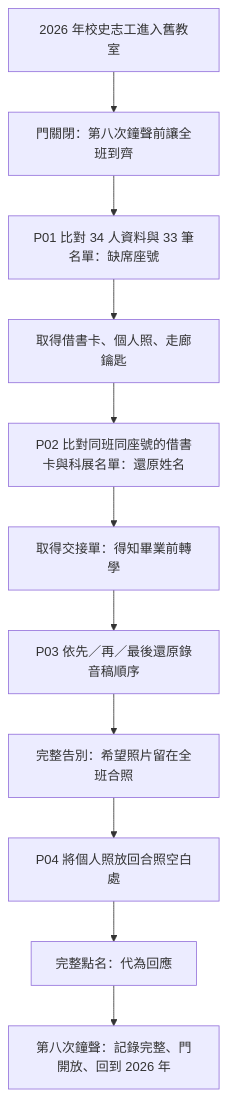
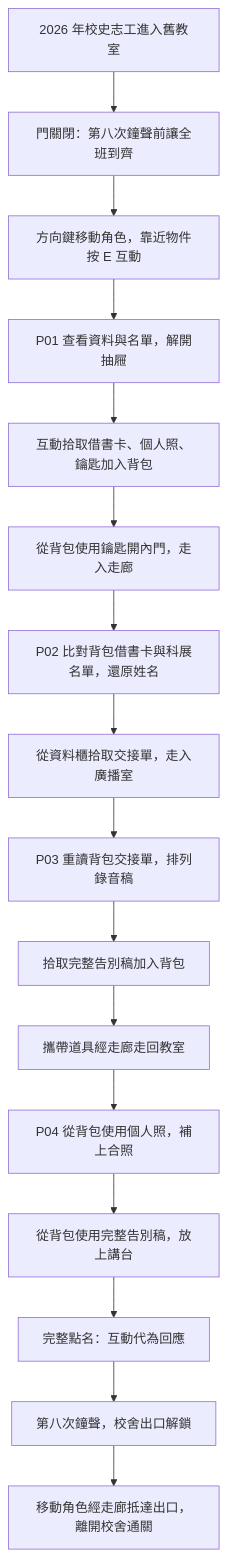
Before and after one commit to waynehsu1008/Project_Escape_Room: the diagram in BRIEF.md, drawn with Mermaid. The commit also changed other lines of this file, not shown here.

````diff
--- a/BRIEF.md
+++ b/BRIEF.md
@@ -169,13 +214,18 @@
 ```mermaid
 flowchart TD
     START[2026 年校史志工進入舊教室] --> OPEN[門關閉：第八次鐘聲前讓全班到齊]
-    OPEN --> P1[P01 比對 34 人資料與 33 筆名單：缺席座號]
-    P1 --> ITEMS[取得借書卡、個人照、走廊鑰匙]
-    ITEMS --> P2[P02 比對同班同座號的借書卡與科展名單：還原姓名]
-    P2 --> TRANSFER[取得交接單：得知畢業前轉學]
-    TRANSFER --> P3[P03 依先／再／最後還原錄音稿順序]
-    P3 --> FAREWELL[完整告別：希望照片留在全班合照]
-    FAREWELL --> P4A[P04 將個人照放回合照空白處]
-    P4A --> P4B[完整點名：代為回應]
-    P4B --> END[第八次鐘聲：記錄完整、門開放、回到 2026 年]
+    OPEN --> MOVE[方向鍵移動角色，靠近物件按 E 互動]
+    MOVE --> P1[P01 查看資料與名單，解開抽屜]
+    P1 --> ITEMS[互動拾取借書卡、個人照、鑰匙加入背包]
+    ITEMS --> KEY[從背包使用鑰匙開內門，走入走廊]
+    KEY --> P2[P02 比對背包借書卡與科展名單，還原姓名]
+    P2 --> TRANSFER[從資料櫃拾取交接單，走入廣播室]
+    TRANSFER --> P3[P03 重讀背包交接單，排列錄音稿]
+    P3 --> FAREWELL[拾取完整告別稿加入背包]
+    FAREWELL --> BACK[攜帶道具經走廊走回教室]
+    BACK --> P4A[P04 從背包使用個人照，補上合照]
+    P4A --> SCRIPT[從背包使用完整告別稿，放上講台]
+    SCRIPT --> P4B[完整點名：互動代為回應]
+    P4B --> EXIT[第八次鐘聲，校舍出口解鎖]
+    EXIT --> END[移動角色經走廊抵達出口，離開校舍通關]
 ```
````
